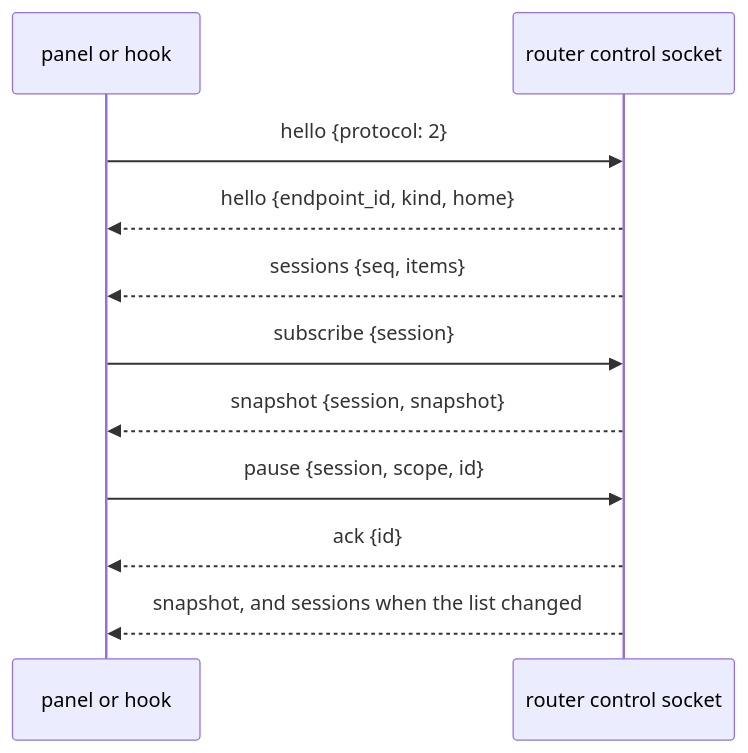
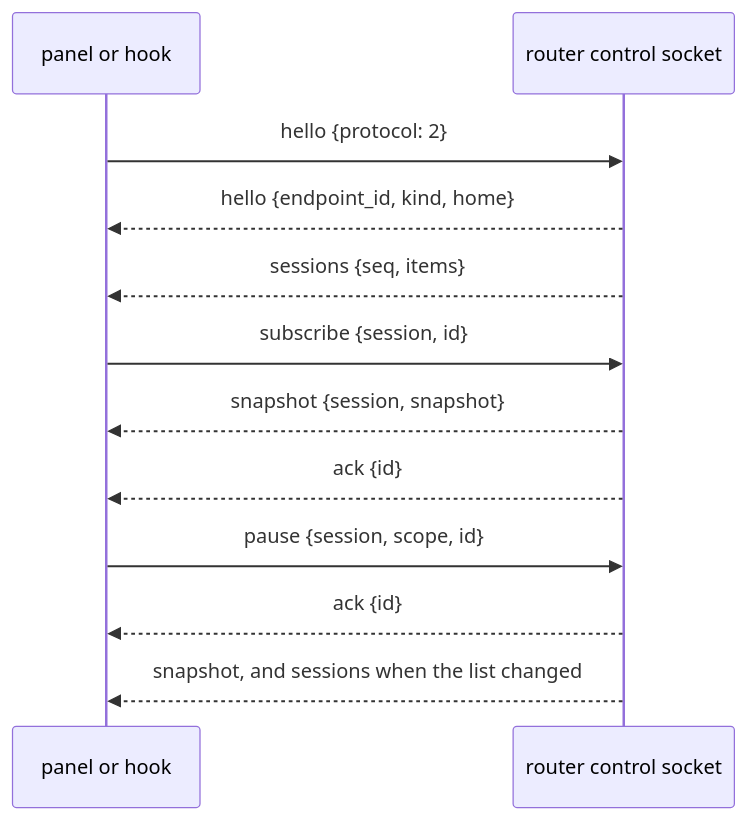
Before and after one commit to alexei-led/codex-router: the third of 9 diagrams in docs/architecture.md, drawn with Mermaid. The commit also changed other lines of this file and 5 other files, not shown here.

First line of the commit message:
docs: align architecture, guide and config reference with the code

````diff
--- a/docs/architecture.md
+++ b/docs/architecture.md
@@ -98,13 +98,14 @@
 ```mermaid
 sequenceDiagram
   participant C as panel or hook
   participant S as router control socket
   C->>S: hello {protocol: 2}
   S-->>C: hello {endpoint_id, kind, home}
   S-->>C: sessions {seq, items}
-  C->>S: subscribe {session}
+  C->>S: subscribe {session, id}
   S-->>C: snapshot {session, snapshot}
+  S-->>C: ack {id}
   C->>S: pause {session, scope, id}
   S-->>C: ack {id}
   S-->>C: snapshot, and sessions when the list changed
 ```
````
